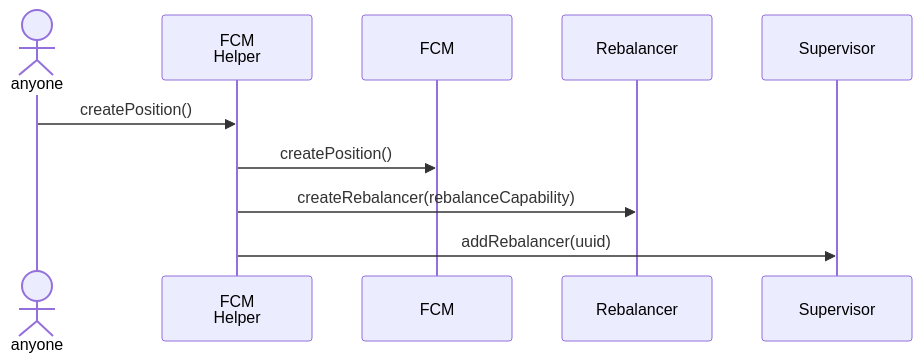
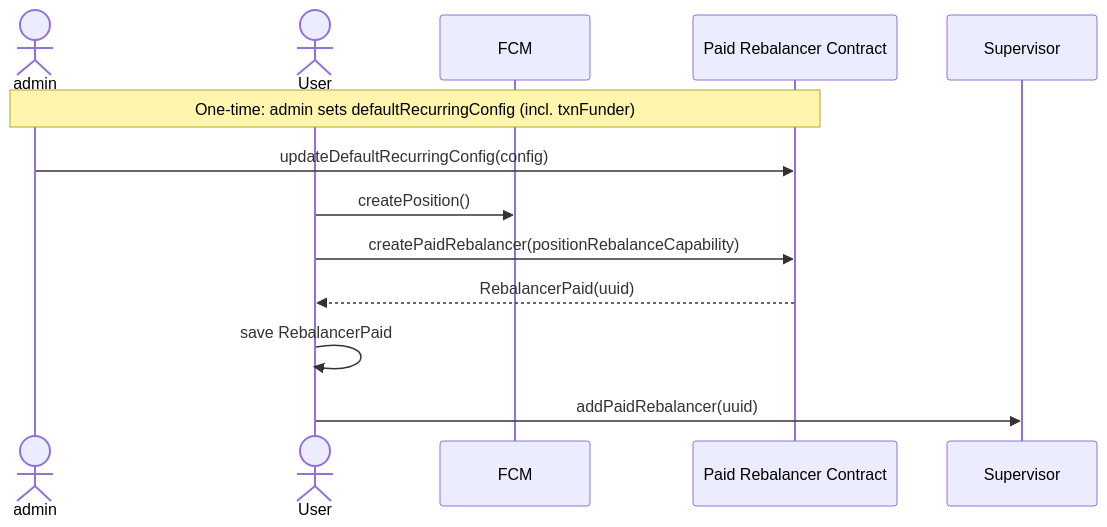
Before and after one commit to onflow/FlowALP: the first of 3 diagrams in RebalanceArchitecture.md, drawn with Mermaid. The commit also changed other lines of this file and 3 other files, not shown here.

````diff
--- a/RebalanceArchitecture.md
+++ b/RebalanceArchitecture.md
@@ -25,12 +58,15 @@
 ```mermaid
 sequenceDiagram
-    actor anyone
-    participant FCMHelper as FCM<br/>Helper
+    actor admin
+    actor User
     participant FCM
-    participant AB as Rebalancer
+    participant Paid as Paid Rebalancer Contract
     participant Supervisor
-    anyone->>FCMHelper: createPosition()
-    FCMHelper->>FCM: createPosition()
-    FCMHelper->>AB: createRebalancer(rebalanceCapability)
-    FCMHelper->>Supervisor: addRebalancer(uuid)
+    Note over admin,Paid: One-time: admin sets defaultRecurringConfig (incl. txnFunder)
+    admin->>Paid: updateDefaultRecurringConfig(config)
+    User->>FCM: createPosition()
+    User->>Paid: createPaidRebalancer(positionRebalanceCapability)
+    Paid-->>User: RebalancerPaid(uuid)
+    User->>User: save RebalancerPaid
+    User->>Supervisor: addPaidRebalancer(uuid)
 ```
````
